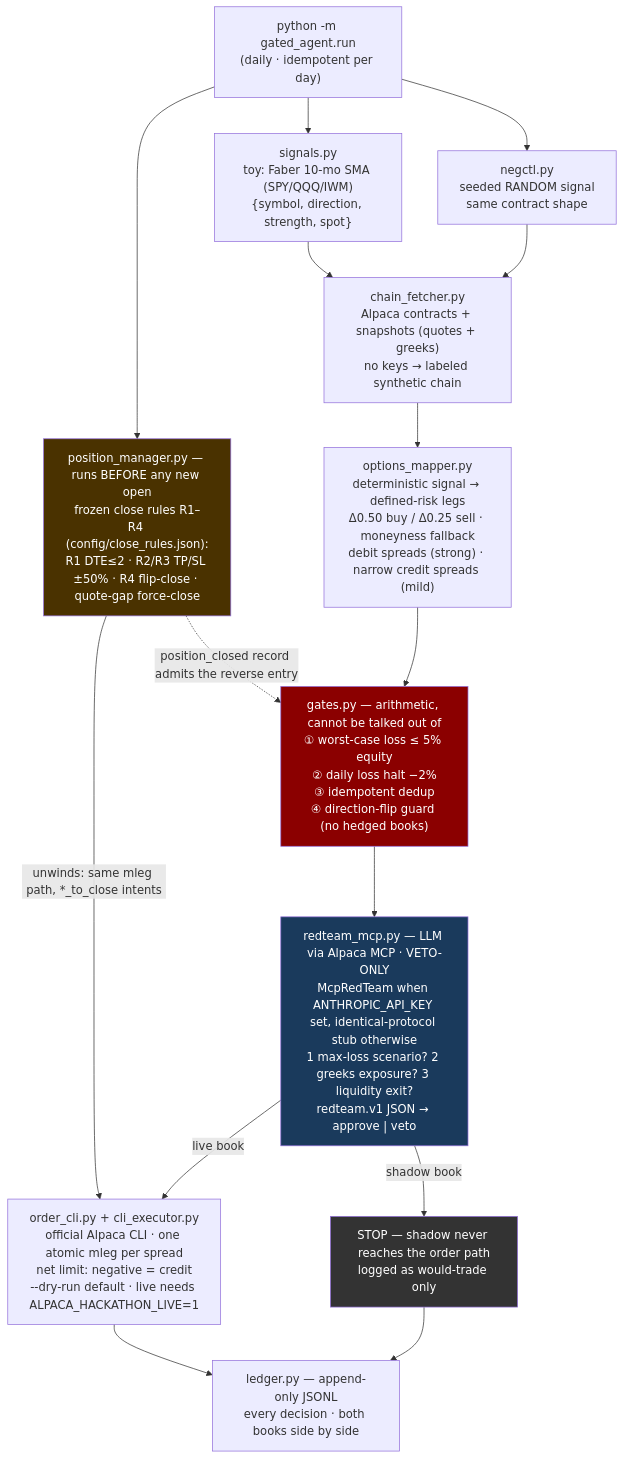
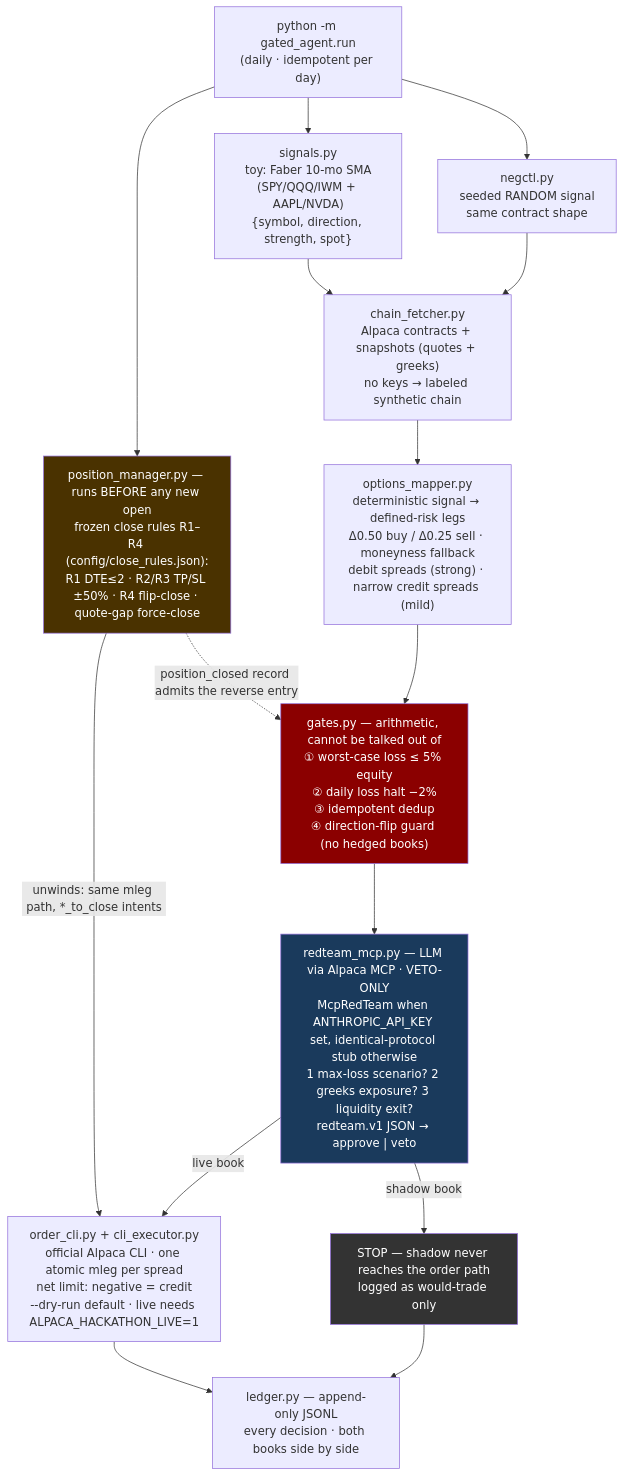
The diagram in README.md (Theodore-Liu/gated-agent), drawn with Mermaid before and after one commit. The commit also changed other lines of this file and 3 other files, not shown here.

First line of the commit message:
feat: universe += AAPL, NVDA — same gates, single-stock chains

````diff
--- a/README.md
+++ b/README.md
@@ -35,30 +36,30 @@
 ```mermaid
 flowchart TD
     RUN["python -m gated_agent.run<br/>(daily · idempotent per day)"]
     RUN --> EXITS["position_manager.py — runs BEFORE any new open<br/>frozen close rules R1–R4 (config/close_rules.json):<br/>R1 DTE≤2 · R2/R3 TP/SL ±50% · R4 flip-close · quote-gap force-close"]
-    RUN --> SIG["signals.py<br/>toy: Faber 10-mo SMA (SPY/QQQ/IWM)<br/>{symbol, direction, strength, spot}"]
+    RUN --> SIG["signals.py<br/>toy: Faber 10-mo SMA<br/>(SPY/QQQ/IWM + AAPL/NVDA)<br/>{symbol, direction, strength, spot}"]
     RUN --> NEG["negctl.py<br/>seeded RANDOM signal<br/>same contract shape"]
 
     SIG --> CHAIN["chain_fetcher.py<br/>Alpaca contracts + snapshots (quotes + greeks)<br/>no keys → labeled synthetic chain"]
     NEG --> CHAIN
 
     CHAIN --> MAP["options_mapper.py<br/>deterministic signal → defined-risk legs<br/>Δ0.50 buy / Δ0.25 sell · moneyness fallback<br/>debit spreads (strong) · narrow credit spreads (mild)"]
 
     MAP --> GATES["gates.py — arithmetic, cannot be talked out of<br/>① worst-case loss ≤ 5% equity<br/>② daily loss halt −2%<br/>③ idempotent dedup<br/>④ direction-flip guard (no hedged books)"]
 
     GATES --> RT["redteam_mcp.py — LLM via Alpaca MCP · VETO-ONLY<br/>McpRedTeam when ANTHROPIC_API_KEY set, identical-protocol stub otherwise<br/>1 max-loss scenario? 2 greeks exposure? 3 liquidity exit?<br/>redteam.v1 JSON → approve | veto"]
 
     RT -->|live book| CLI["order_cli.py + cli_executor.py<br/>official Alpaca CLI · one atomic mleg per spread<br/>net limit: negative = credit<br/>--dry-run default · live needs ALPACA_HACKATHON_LIVE=1"]
     RT -->|shadow book| STOP["STOP — shadow never reaches the order path<br/>logged as would-trade only"]
 
     EXITS -->|"unwinds: same mleg path, *_to_close intents"| CLI
     EXITS -.->|"position_closed record admits the reverse entry"| GATES
 
     CLI --> LED["ledger.py — append-only JSONL<br/>every decision · both books side by side"]
     STOP --> LED
 
     style EXITS fill:#4a3200,color:#fff
     style GATES fill:#8b0000,color:#fff
     style RT fill:#1a3a5c,color:#fff
     style STOP fill:#333,color:#fff
 ```
````
